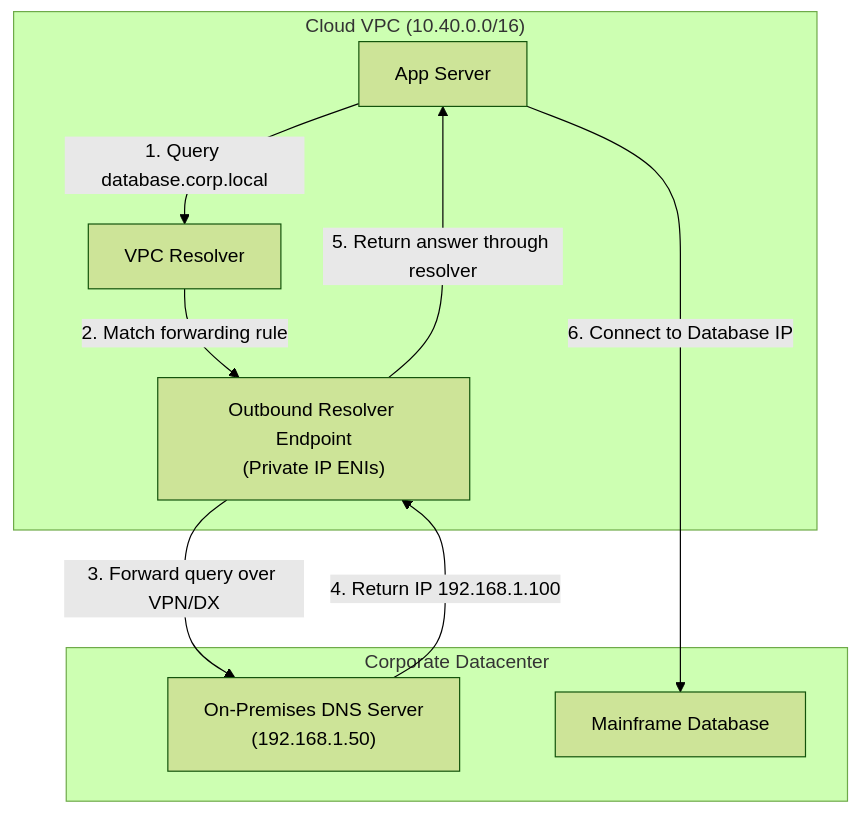
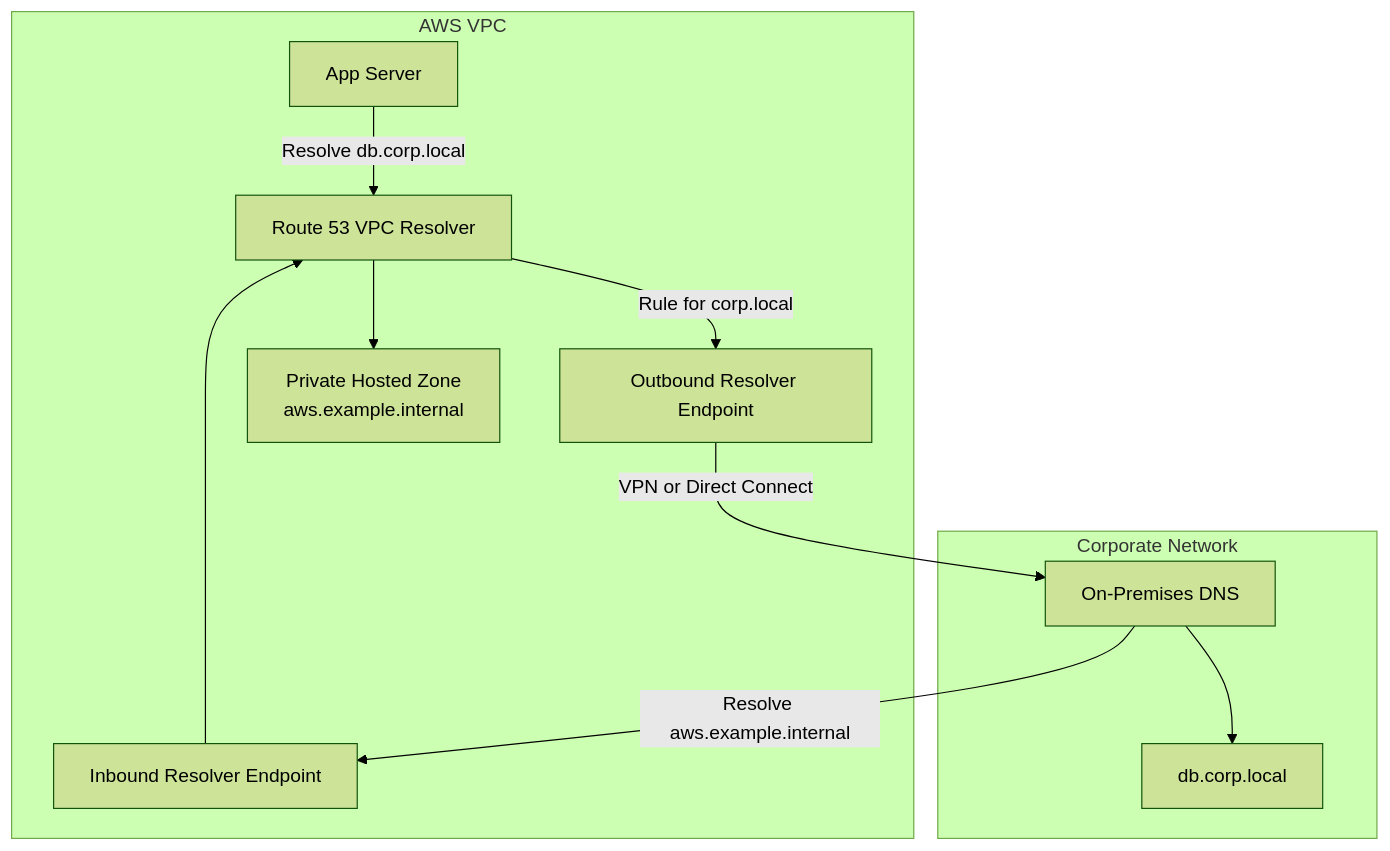
Before and after one commit to senlinyy/dev-roadmaps: the sixth of 6 diagrams in cloud-providers/aws/networking-connectivity/03-connectivity-and-hybrid-networking.md, drawn with Mermaid (forest theme). The commit also changed other lines of this file and 256 other files, not shown here.

````diff
--- a/cloud-providers/aws/networking-connectivity/03-connectivity-and-hybrid-networking.md
+++ b/cloud-providers/aws/networking-connectivity/03-connectivity-and-hybrid-networking.md
@@ -236,19 +326,23 @@
 ```mermaid
 flowchart TD
-    subgraph VPCBoundary["Cloud VPC (10.40.0.0/16)"]
-        AppServer["App Server"]
-        VPCResolver["VPC Resolver"]
-        OutboundEP["Outbound Resolver Endpoint<br/>(Private IP ENIs)"]
-    end
-    subgraph CorpNetwork["Corporate Datacenter"]
-        LocalDNS["On-Premises DNS Server<br/>(192.168.1.50)"]
-        OnPremDB["Mainframe Database"]
+    subgraph VPC["AWS VPC"]
+        App["App Server"]
+        VpcResolver["Route 53 VPC Resolver"]
+        Outbound["Outbound Resolver Endpoint"]
+        Inbound["Inbound Resolver Endpoint"]
+        PrivateZone["Private Hosted Zone<br/>aws.example.internal"]
     end
 
-    AppServer -->|1. Query database.corp.local| VPCResolver
-    VPCResolver -->|2. Match forwarding rule| OutboundEP
-    OutboundEP -->|3. Forward query over VPN/DX| LocalDNS
-    LocalDNS -->|4. Return IP 192.168.1.100| OutboundEP
-    OutboundEP -->|5. Return answer through resolver| AppServer
-    AppServer -->|6. Connect to Database IP| OnPremDB
+    subgraph OnPrem["Corporate Network"]
+        CorpDNS["On-Premises DNS"]
+        CorpDB["db.corp.local"]
+    end
+
+    App -->|Resolve db.corp.local| VpcResolver
+    VpcResolver -->|Rule for corp.local| Outbound
+    Outbound -->|VPN or Direct Connect| CorpDNS
+    CorpDNS --> CorpDB
+    CorpDNS -->|Resolve aws.example.internal| Inbound
+    Inbound --> VpcResolver
+    VpcResolver --> PrivateZone
 ```
````
